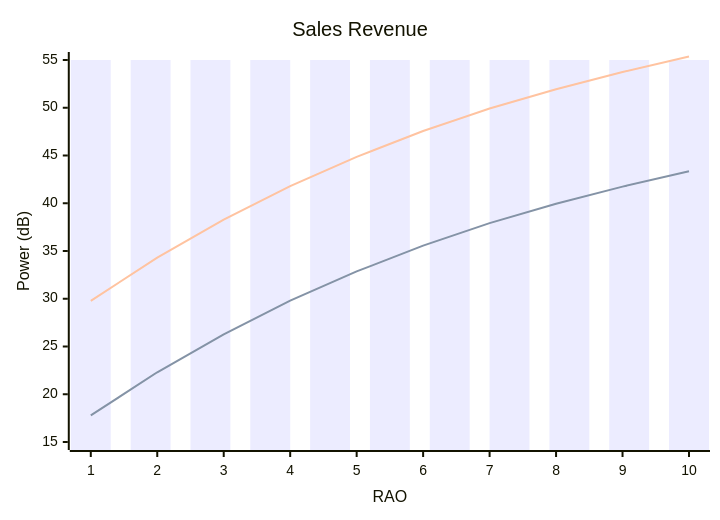
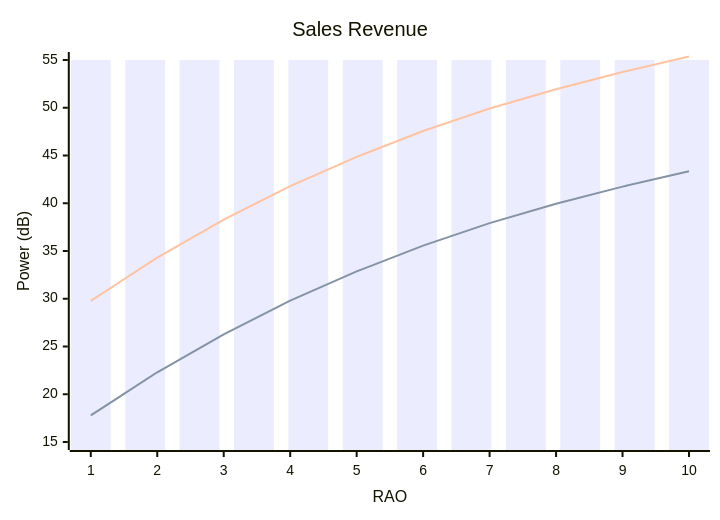
The sixth of 8 diagrams in docs/20250310 Thesis (Basic Msg1 Model).md (bmw-ece-ntust/wilfrid-prach-attack-analysis), drawn with Mermaid before and after one commit.

Commit message:
Update 20250310 Thesis (Basic Msg1 Model).md

````diff
--- a/docs/20250310 Thesis (Basic Msg1 Model).md
+++ b/docs/20250310 Thesis (Basic Msg1 Model).md
@@ -171,9 +171,9 @@
 ```mermaid
 xychart-beta
     title "Sales Revenue"
     x-axis RAO 1 --> 10
     y-axis "Power (dB)" 15 --> 55
-    bar [55, 55, 55, 55, 55, 55, 55, 55, 55, 55, 55]
+    bar [55, 55, 55, 55, 55, 55, 55, 55, 55, 55, 55, 55]
     line [17.78, 22.3, 26.28, 29.8, 32.86, 35.56, 37.92, 39.94, 41.74, 43.36]
     line [29.78, 34.3, 38.28, 41.8, 44.86, 47.56, 49.92, 51.94, 53.74, 55.36]
 ```
````
